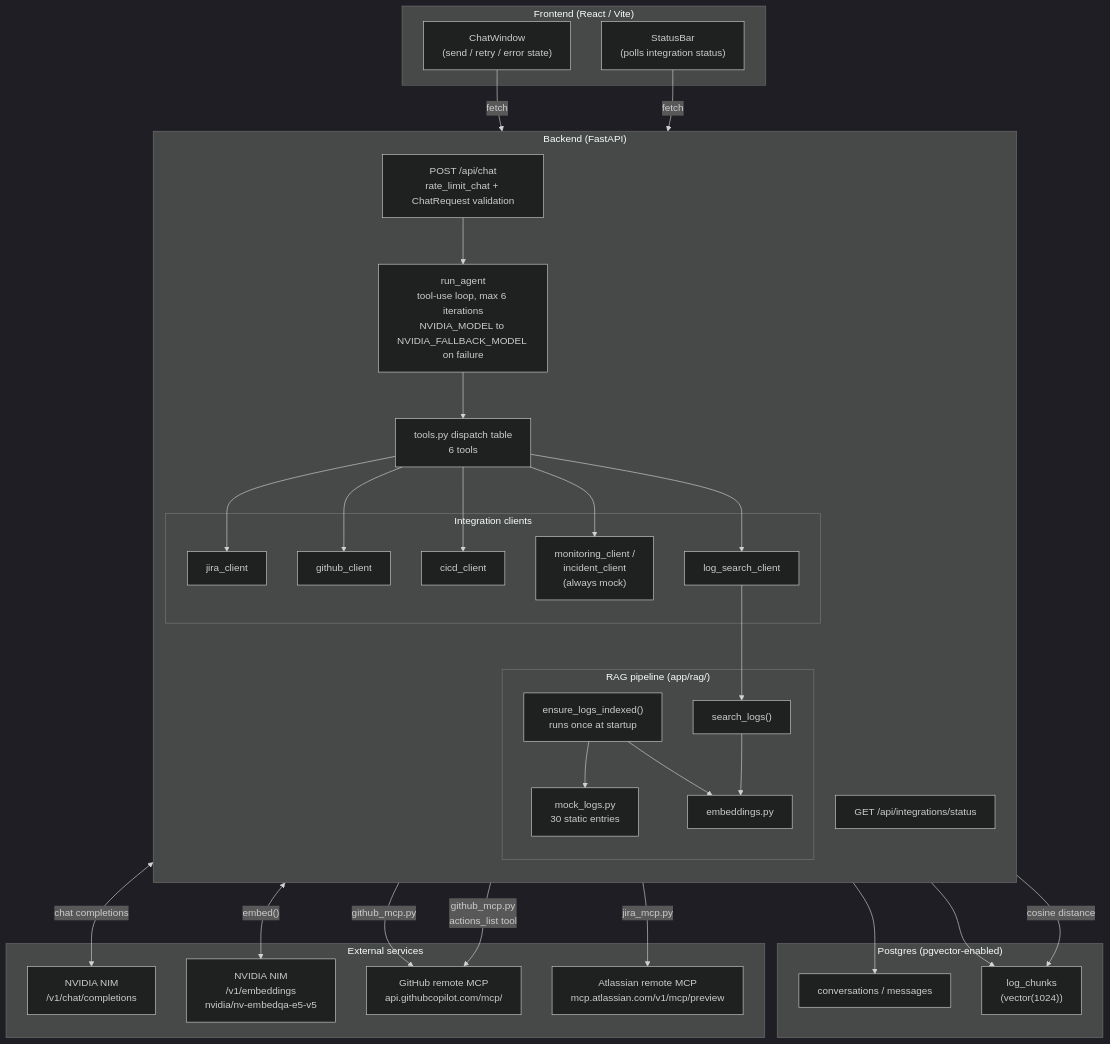
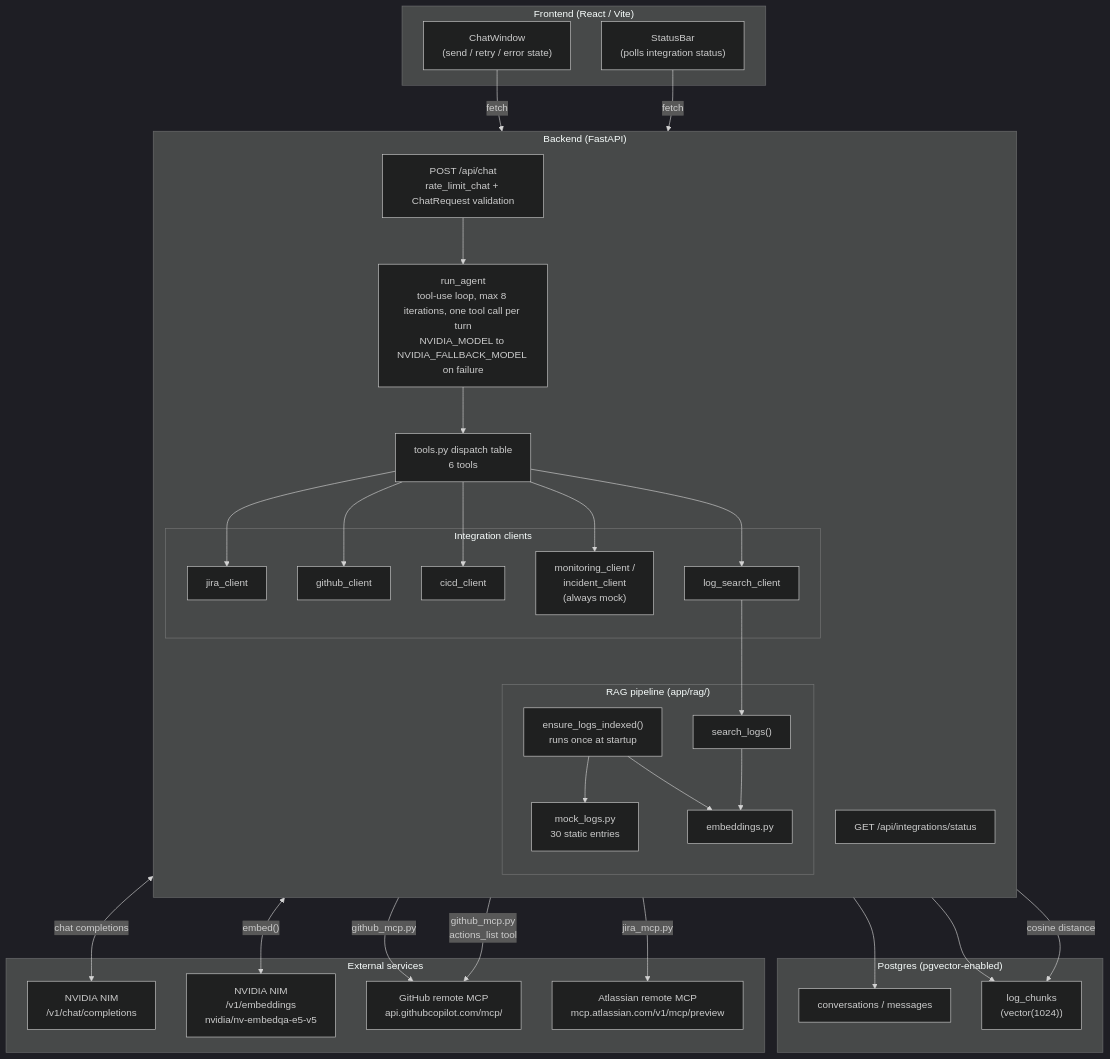
One commit to mahesh-ramineedi-minfy/ai-engineering-command-center changed the first of 2 diagrams in docs/architecture.md. Above: the diagram before and after it, drawn with Mermaid (dark theme). The commit also changed 2 other files, not shown here.

````diff
--- a/docs/architecture.md
+++ b/docs/architecture.md
@@ -9,63 +9,63 @@
 ```mermaid
 flowchart TB
     subgraph FE["Frontend (React / Vite)"]
         ChatWindow["ChatWindow<br/>(send / retry / error state)"]
         StatusBar["StatusBar<br/>(polls integration status)"]
     end
 
     subgraph BE["Backend (FastAPI)"]
         direction TB
         ChatRoute["POST /api/chat<br/>rate_limit_chat + ChatRequest validation"]
         StatusRoute["GET /api/integrations/status"]
-        Orchestrator["run_agent<br/>tool-use loop, max 6 iterations<br/>NVIDIA_MODEL to NVIDIA_FALLBACK_MODEL on failure"]
+        Orchestrator["run_agent<br/>tool-use loop, max 8 iterations, one tool call per turn<br/>NVIDIA_MODEL to NVIDIA_FALLBACK_MODEL on failure"]
         Dispatch["tools.py dispatch table<br/>6 tools"]
 
         subgraph Clients["Integration clients"]
             JiraClient["jira_client"]
             GithubClient["github_client"]
             CicdClient["cicd_client"]
             MonClient["monitoring_client /<br/>incident_client<br/>(always mock)"]
             LogClient["log_search_client"]
         end
 
         subgraph RAG["RAG pipeline (app/rag/)"]
             MockLogs["mock_logs.py<br/>30 static entries"]
             Ingest["ensure_logs_indexed()<br/>runs once at startup"]
             Embeddings["embeddings.py"]
             SearchLogs["search_logs()"]
         end
     end
 
     subgraph DB["Postgres (pgvector-enabled)"]
         ConvTable["conversations / messages"]
         LogTable["log_chunks<br/>(vector(1024))"]
     end
 
     subgraph EXT["External services"]
         NIMChat["NVIDIA NIM<br/>/v1/chat/completions"]
         NIMEmbed["NVIDIA NIM<br/>/v1/embeddings<br/>nvidia/nv-embedqa-e5-v5"]
         GithubMCP["GitHub remote MCP<br/>api.githubcopilot.com/mcp/"]
         JiraMCP["Atlassian remote MCP<br/>mcp.atlassian.com/v1/mcp/preview"]
     end
 
     ChatWindow -->|"fetch"| ChatRoute
     StatusBar -->|"fetch"| StatusRoute
     ChatRoute --> Orchestrator
     Orchestrator <-->|"chat completions"| NIMChat
     Orchestrator --> Dispatch
     Dispatch --> JiraClient & GithubClient & CicdClient & MonClient & LogClient
 
     JiraClient -->|"jira_mcp.py"| JiraMCP
     GithubClient -->|"github_mcp.py"| GithubMCP
     CicdClient -->|"github_mcp.py<br/>actions_list tool"| GithubMCP
     LogClient --> SearchLogs
 
     Ingest --> MockLogs
     Ingest --> Embeddings
     SearchLogs --> Embeddings
     Embeddings <-->|"embed()"| NIMEmbed
     Ingest --> LogTable
     SearchLogs -->|"cosine distance"| LogTable
 
     ChatRoute --> ConvTable
 ```
````
